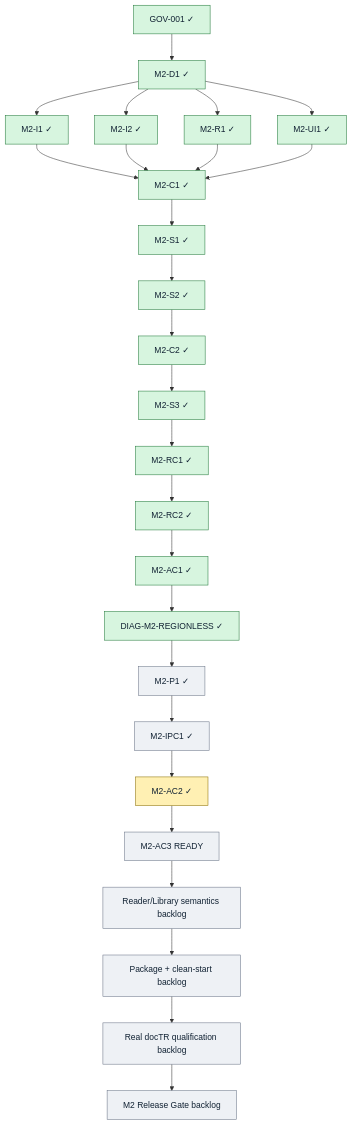
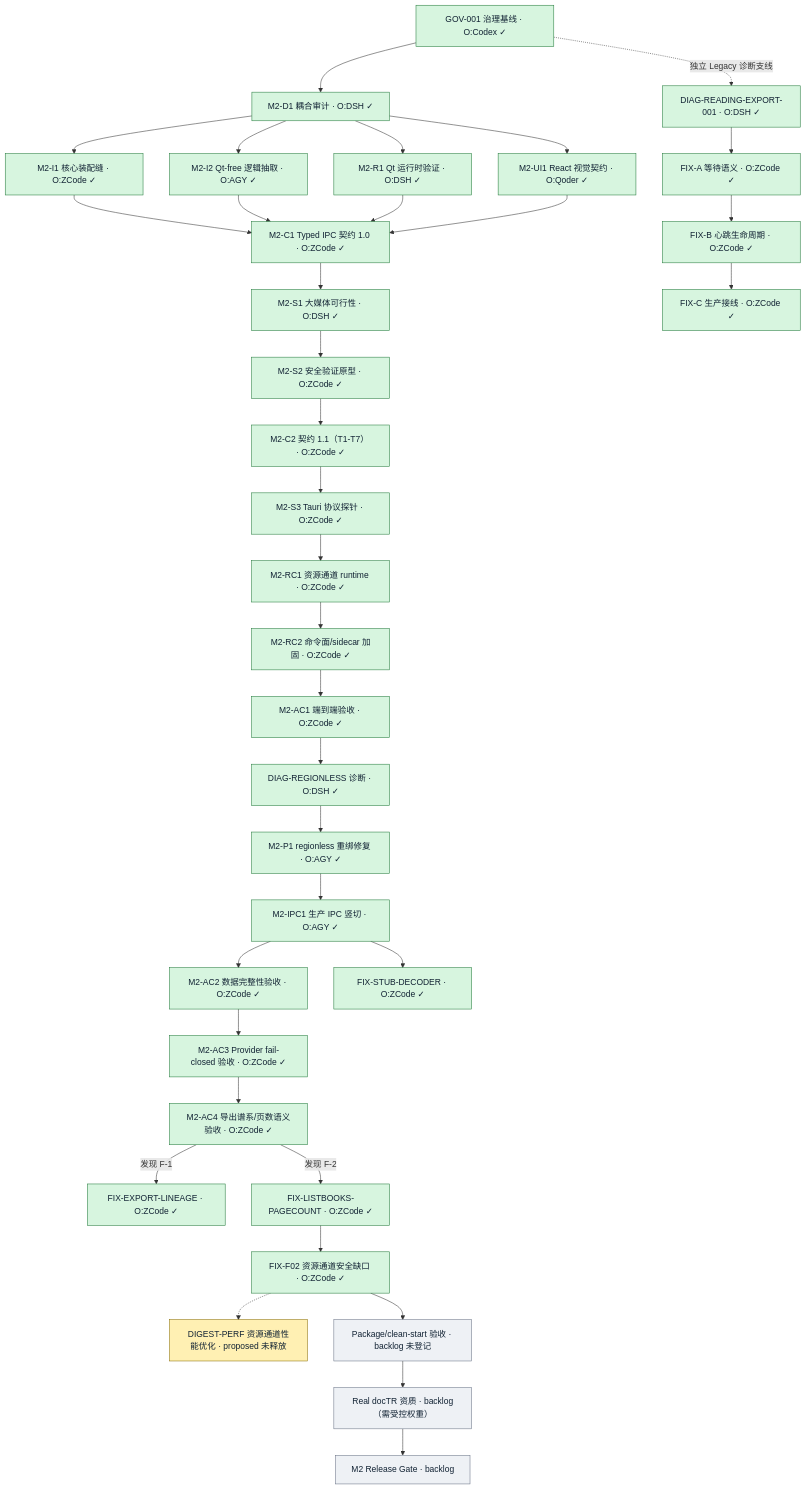
The diagram in doc/REBASELINE_PLAN.md (peakwheat-pixel/New-Manga), drawn with Mermaid before and after one commit. The commit also changed other lines of this file, not shown here.

Commit message:
docs: rebaseline audit 2026-09-29 — plan status/mermaid refreshed to GOAL-achieved state (main=f6f22b67, 28 tasks done and integrated, none active; next = user dispatch from proposed/backlog)

````diff
--- a/doc/REBASELINE_PLAN.md
+++ b/doc/REBASELINE_PLAN.md
@@ -60,28 +60,47 @@
 ```mermaid
 flowchart TD
-  GOV["GOV-001 ✓"] --> D1["M2-D1 ✓"]
-  D1 --> I1["M2-I1 ✓"]
-  D1 --> I2["M2-I2 ✓"]
-  D1 --> R1["M2-R1 ✓"]
-  D1 --> UI1["M2-UI1 ✓"]
-  I1 --> C1["M2-C1 ✓"]
+  %% ✓ = done（已集成 main）；O = Owner；R = 非作者 Reviewer；黄色 = proposed 未释放；灰色 = backlog 未登记
+  GOV["GOV-001 治理基线 · O:Codex ✓"] --> D1["M2-D1 耦合审计 · O:DSH ✓"]
+  D1 --> I1["M2-I1 核心装配缝 · O:ZCode ✓"]
+  D1 --> I2["M2-I2 Qt-free 逻辑抽取 · O:AGY ✓"]
+  D1 --> R1["M2-R1 Qt 运行时验证 · O:DSH ✓"]
+  D1 --> UI1["M2-UI1 React 视觉契约 · O:Qoder ✓"]
+  I1 --> C1["M2-C1 Typed IPC 契约 1.0 · O:ZCode ✓"]
   I2 --> C1
   R1 --> C1
   UI1 --> C1
-  C1 --> S1["M2-S1 ✓"] --> S2["M2-S2 ✓"] --> C2["M2-C2 ✓"] --> S3["M2-S3 ✓"] --> RC1["M2-RC1 ✓"] --> RC2["M2-RC2 ✓"] --> AC1["M2-AC1 ✓"]
-  AC1 --> DIAG["DIAG-M2-REGIONLESS ✓"]
-  DIAG --> P1["M2-P1 ✓"]
-  P1 --> IPC1["M2-IPC1 ✓"]
-  IPC1 --> AC2["M2-AC2 ✓"]
-  AC2 --> AC3["M2-AC3 READY"]
-  AC3 --> AC4["Reader/Library semantics backlog"]
-  AC4 --> PKG["Package + clean-start backlog"]
-  PKG --> ML["Real docTR qualification backlog"]
-  ML --> RG["M2 Release Gate backlog"]
+  C1 --> S1["M2-S1 大媒体可行性 · O:DSH ✓"]
+  S1 --> S2["M2-S2 安全验证原型 · O:ZCode ✓"]
+  S2 --> C2["M2-C2 契约 1.1（T1-T7） · O:ZCode ✓"]
+  C2 --> S3["M2-S3 Tauri 协议探针 · O:ZCode ✓"]
+  S3 --> RC1["M2-RC1 资源通道 runtime · O:ZCode ✓"]
+  RC1 --> RC2["M2-RC2 命令面/sidecar 加固 · O:ZCode ✓"]
+  RC2 --> AC1["M2-AC1 端到端验收 · O:ZCode ✓"]
+  AC1 --> DGR["DIAG-REGIONLESS 诊断 · O:DSH ✓"]
+  DGR --> P1["M2-P1 regionless 重绑修复 · O:AGY ✓"]
+  P1 --> IPC1["M2-IPC1 生产 IPC 竖切 · O:AGY ✓"]
+  IPC1 --> AC2["M2-AC2 数据完整性验收 · O:ZCode ✓"]
+  AC2 --> AC3["M2-AC3 Provider fail-closed 验收 · O:ZCode ✓"]
+  AC3 --> AC4["M2-AC4 导出谱系/页数语义验收 · O:ZCode ✓"]
+  AC4 -->|"发现 F-1"| FXE["FIX-EXPORT-LINEAGE · O:ZCode ✓"]
+  AC4 -->|"发现 F-2"| FXL["FIX-LISTBOOKS-PAGECOUNT · O:ZCode ✓"]
+  IPC1 --> FXS["FIX-STUB-DECODER · O:ZCode ✓"]
+  FXL --> FXF["FIX-F02 资源通道安全缺口 · O:ZCode ✓"]
+  GOV -. 独立 Legacy 诊断支线 .-> DIO["DIAG-READING-EXPORT-001 · O:DSH ✓"]
+  DIO --> FXA["FIX-A 等待语义 · O:ZCode ✓"]
+  FXA --> FXB["FIX-B 心跳生命周期 · O:ZCode ✓"]
+  FXB --> FXC["FIX-C 生产接线 · O:ZCode ✓"]
+
+  %% 未完成：候选与 backlog（均未释放，禁止实施）
+  FXF -.-> DP["DIGEST-PERF 资源通道性能优化 · proposed 未释放"]
+  FXF --> PKG["Package/clean-start 验收 · backlog 未登记"]
+  PKG --> DOC["Real docTR 资质 · backlog（需受控权重）"]
+  DOC --> RG["M2 Release Gate · backlog"]
+
   classDef done fill:#d7f5df,stroke:#237a3b,color:#123;
-  classDef ready fill:#fff0b3,stroke:#8a6d00,color:#123;
-  classDef planned fill:#eef1f5,stroke:#697386,color:#123;
-  class GOV,D1,I1,I2,R1,UI1,C1,S1,S2,C2,S3,RC1,RC2,AC1,DIAG,P1 done;
-  class P1,IPC1,AC3,AC4,PKG,ML,RG planned;
-  class AC2 ready;
+  classDef proposed fill:#fff0b3,stroke:#8a6d00,color:#123;
+  classDef backlog fill:#eef1f5,stroke:#697386,color:#123;
+  class GOV,D1,I1,I2,R1,UI1,C1,S1,S2,C2,S3,RC1,RC2,AC1,DGR,P1,IPC1,AC2,AC3,AC4,FXE,FXL,FXS,FXF,DIO,FXA,FXB,FXC done;
+  class DP proposed;
+  class PKG,DOC,RG backlog;
 ```
````
